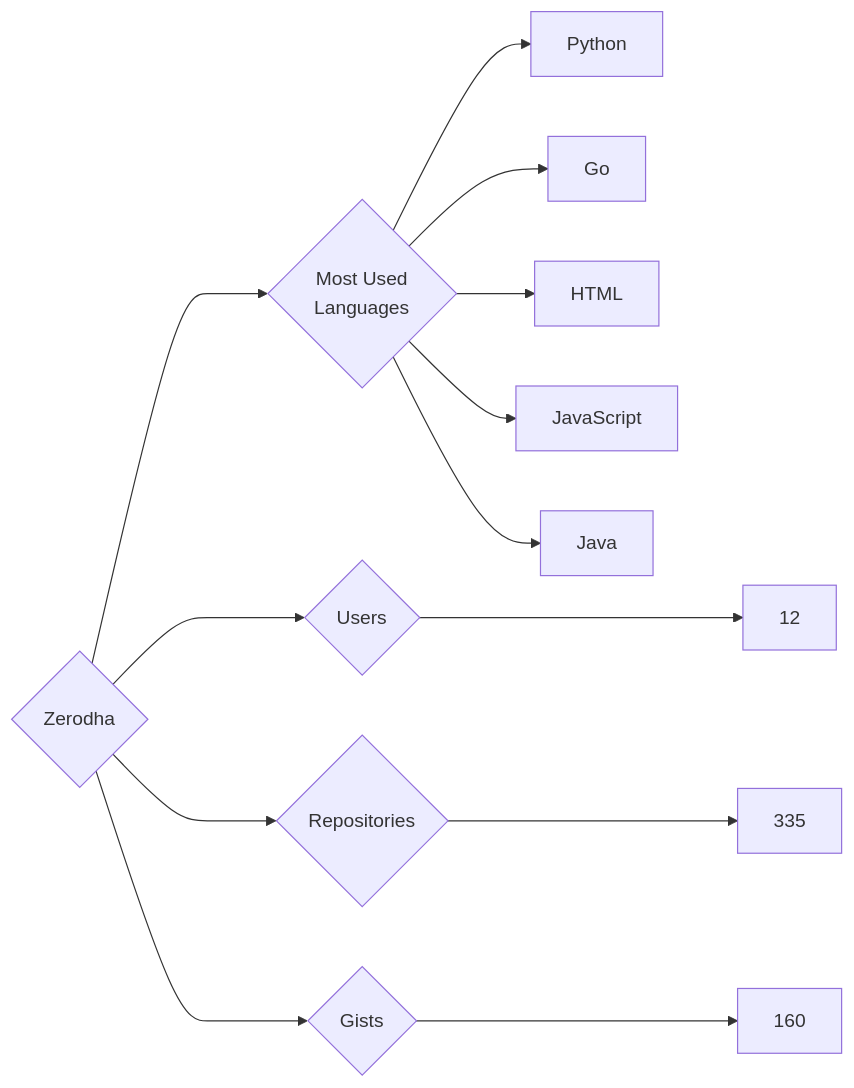
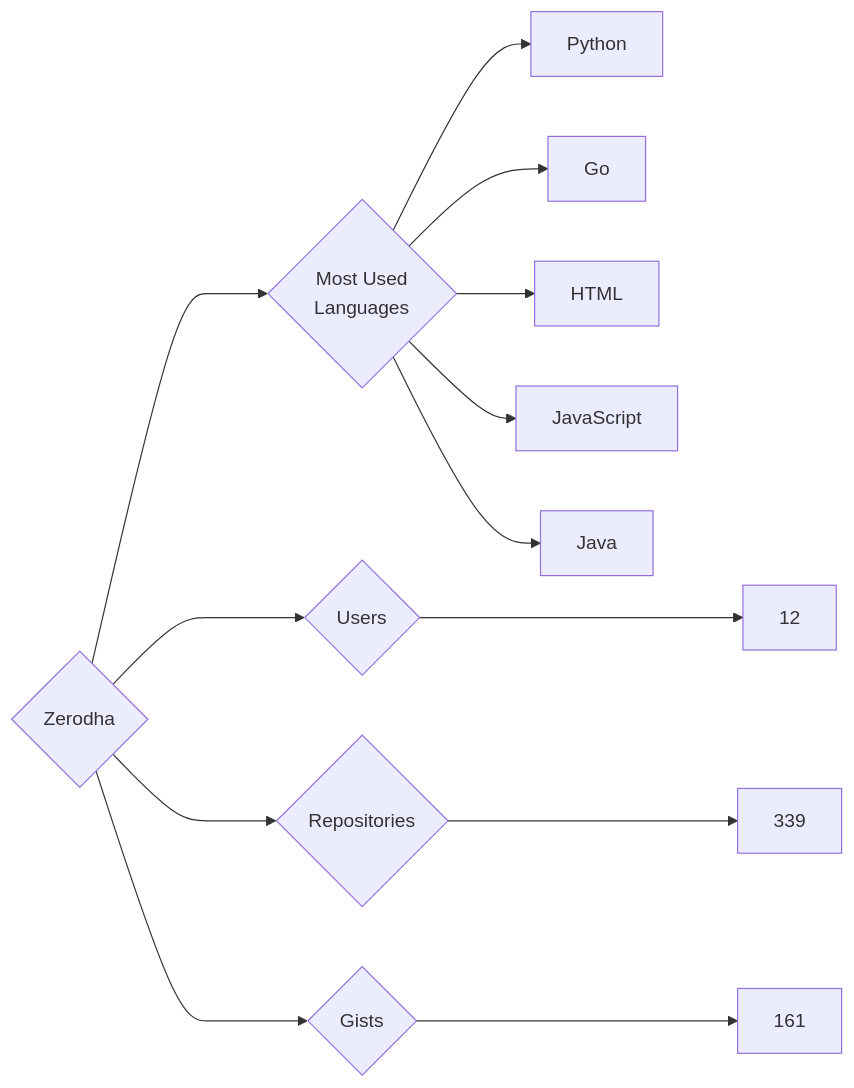
Before and after one commit to trickest/insiders: the diagram in targets/Zerodha/README.md, drawn with Mermaid. The commit also changed 976 other files, not shown here.

````diff
--- a/targets/Zerodha/README.md
+++ b/targets/Zerodha/README.md
@@ -3,13 +3,13 @@
 ```mermaid
 graph LR
 COMPANY_NAME{Zerodha}
 COMPANY_NAME ---> U{Users} ---> UN[12]
-COMPANY_NAME ---> R{Repositories} ---> RN[335]
-COMPANY_NAME ---> G{Gists} ---> GN[160]
+COMPANY_NAME ---> R{Repositories} ---> RN[339]
+COMPANY_NAME ---> G{Gists} ---> GN[161]
 COMPANY_NAME ---> ML{Most Used<br>Languages}
 ML --> Python[Python]
 ML --> Go[Go]
 ML --> HTML[HTML]
 ML --> JavaScript[JavaScript]
 ML --> Java[Java]
 ```
````
